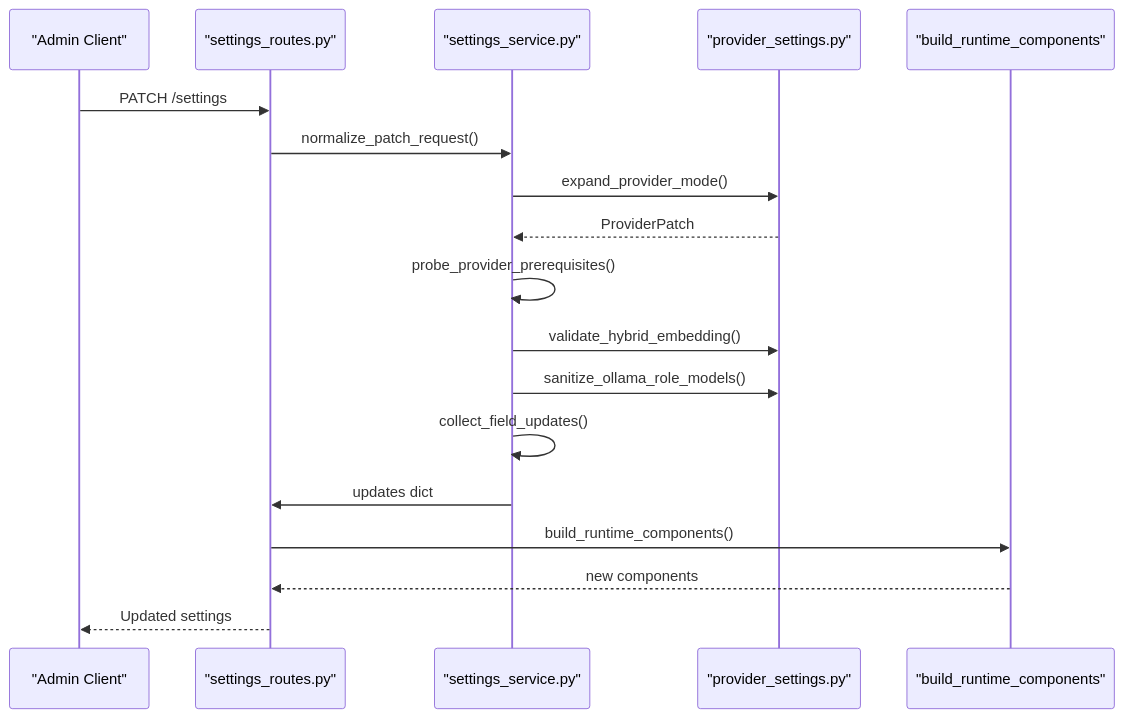
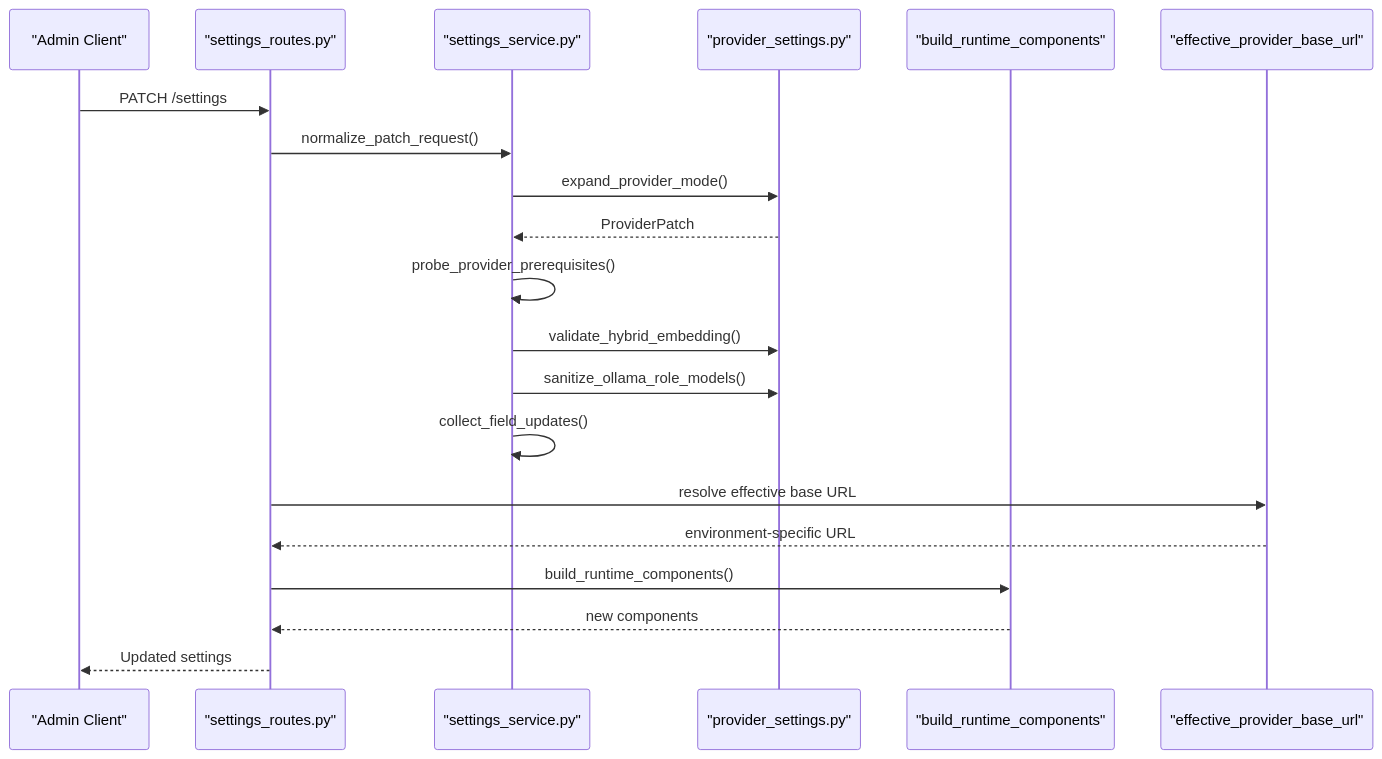
Before and after one commit to genes8/private-ai: the third of 9 diagrams in .qoder/repowiki/en/content/Backend Development/Runtime Configuration System/Provider Settings Management.md, drawn with Mermaid. The commit also changed other lines of this file and 36 other files, not shown here.

````diff
--- a/.qoder/repowiki/en/content/Backend Development/Runtime Configuration System/Provider Settings Management.md
+++ b/.qoder/repowiki/en/content/Backend Development/Runtime Configuration System/Provider Settings Management.md
@@ -140,20 +155,22 @@
 ```mermaid
 sequenceDiagram
 participant Client as "Admin Client"
 participant Route as "settings_routes.py"
 participant Service as "settings_service.py"
 participant Provider as "provider_settings.py"
 participant Runtime as "build_runtime_components"
+participant EffectiveURL as "effective_provider_base_url"
 Client->>Route : PATCH /settings
 Route->>Service : normalize_patch_request()
 Service->>Provider : expand_provider_mode()
 Provider-->>Service : ProviderPatch
 Service->>Service : probe_provider_prerequisites()
 Service->>Provider : validate_hybrid_embedding()
 Service->>Provider : sanitize_ollama_role_models()
 Service->>Service : collect_field_updates()
-Service->>Route : updates dict
+Route->>EffectiveURL : resolve effective base URL
+EffectiveURL-->>Route : environment-specific URL
 Route->>Runtime : build_runtime_components()
 Runtime-->>Route : new components
 Route-->>Client : Updated settings
 ```
````
